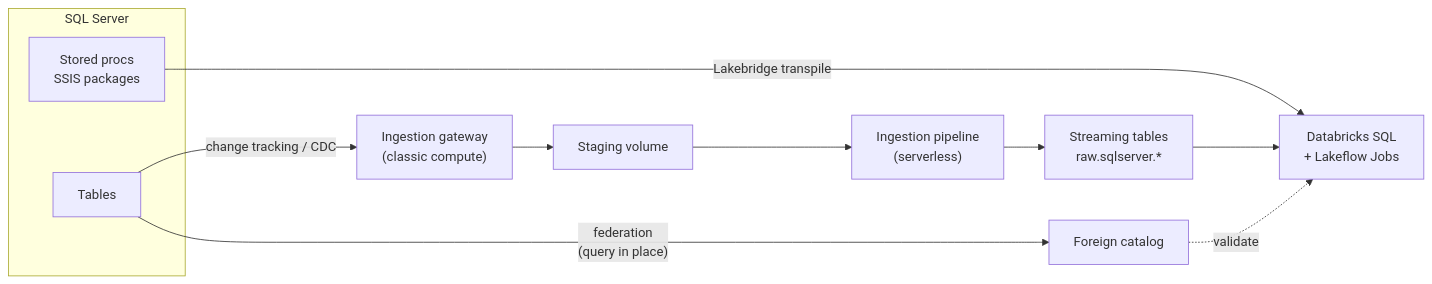
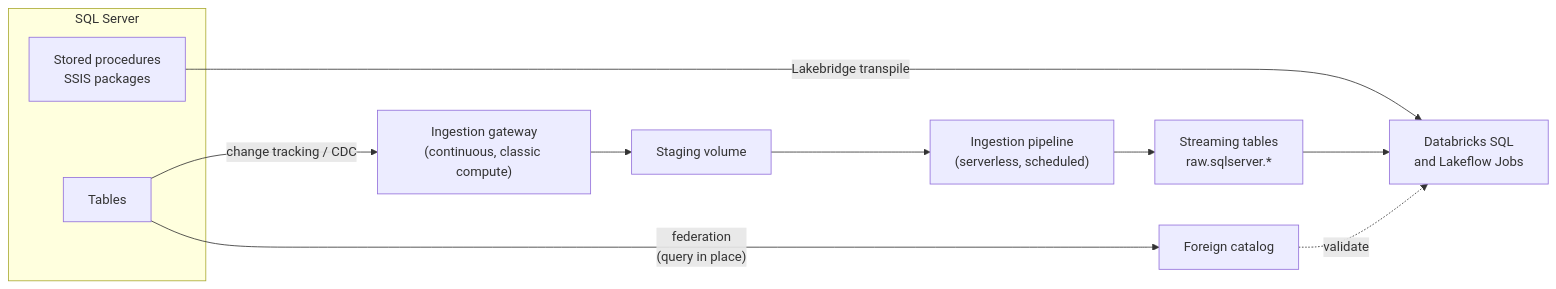
One commit to kidskoding/databricks-wiki changed the diagram in 15_migrating_to_databricks/Migrating from SQL Server.md. Above: the diagram before and after it, drawn with Mermaid. The commit also changed other lines of this file and 14 other files, not shown here.

````diff
--- a/15_migrating_to_databricks/Migrating from SQL Server.md
+++ b/15_migrating_to_databricks/Migrating from SQL Server.md
@@ -97,15 +96,15 @@
 ```mermaid
 flowchart LR
   subgraph SRC["SQL Server"]
     T["Tables"]
-    P["Stored procs<br/>SSIS packages"]
+    P["Stored procedures<br/>SSIS packages"]
   end
   T -- "federation<br/>(query in place)" --> FC["Foreign catalog"]
-  T -- "change tracking / CDC" --> GW["Ingestion gateway<br/>(classic compute)"]
+  T -- "change tracking / CDC" --> GW["Ingestion gateway<br/>(continuous, classic compute)"]
   GW --> STG["Staging volume"]
-  STG --> IP["Ingestion pipeline<br/>(serverless)"]
+  STG --> IP["Ingestion pipeline<br/>(serverless, scheduled)"]
   IP --> ST["Streaming tables<br/>raw.sqlserver.*"]
-  P -- "Lakebridge transpile" --> DBSQL["Databricks SQL<br/>+ Lakeflow Jobs"]
+  P -- "Lakebridge transpile" --> DBSQL["Databricks SQL<br/>and Lakeflow Jobs"]
   ST --> DBSQL
   FC -. "validate" .-> DBSQL
 ```
````
